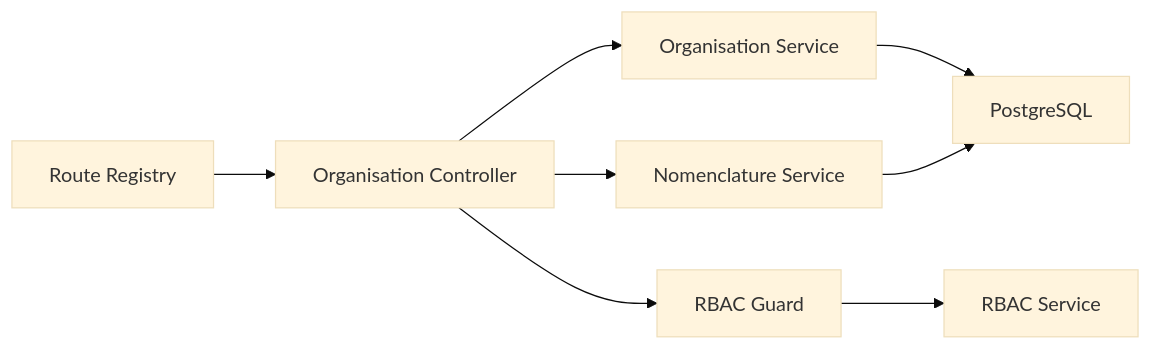
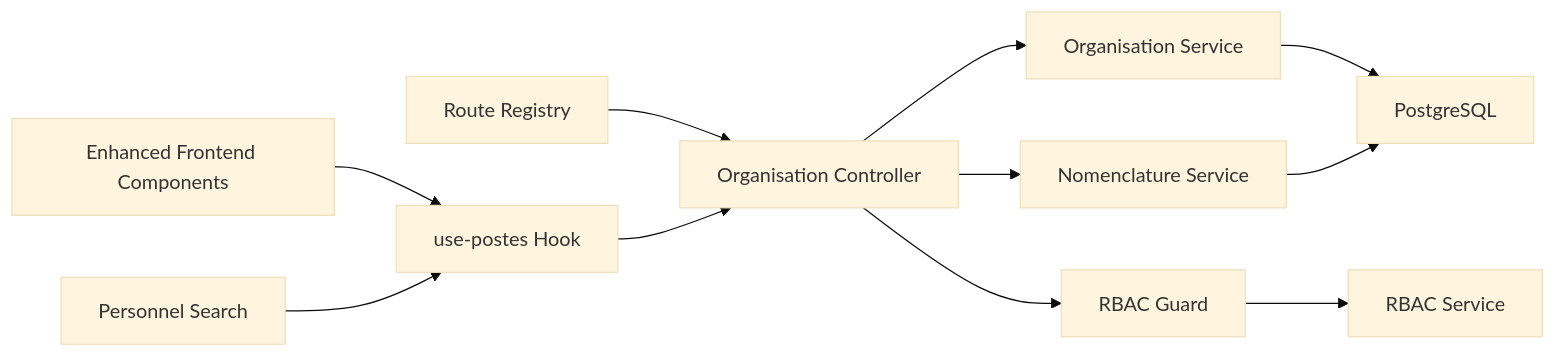
The eighth of 8 diagrams in .qoder/repowiki/en/content/Human Resources Management/Personnel Administration/Organizational Structure.md (franckylab/eLISAschool), drawn with Mermaid (base theme) before and after one commit. The commit also changed other lines of this file and 78 other files, not shown here.

````diff
--- a/.qoder/repowiki/en/content/Human Resources Management/Personnel Administration/Organizational Structure.md
+++ b/.qoder/repowiki/en/content/Human Resources Management/Personnel Administration/Organizational Structure.md
@@ -300,10 +397,13 @@
 ```mermaid
 graph LR
 Route["Route Registry"] --> OrgCtrl["Organisation Controller"]
 OrgCtrl --> OrgSvc["Organisation Service"]
 OrgCtrl --> NomenclatureSvc["Nomenclature Service"]
 OrgSvc --> DB["PostgreSQL"]
 NomenclatureSvc --> DB
 OrgCtrl --> RbacGuard["RBAC Guard"]
 RbacGuard --> RbacSvc["RBAC Service"]
+Frontend["Enhanced Frontend Components"] --> UsePostesHook["use-postes Hook"]
+UsePostesHook --> OrgCtrl
+PersonnelSearch["Personnel Search"] --> UsePostesHook
 ```
````
